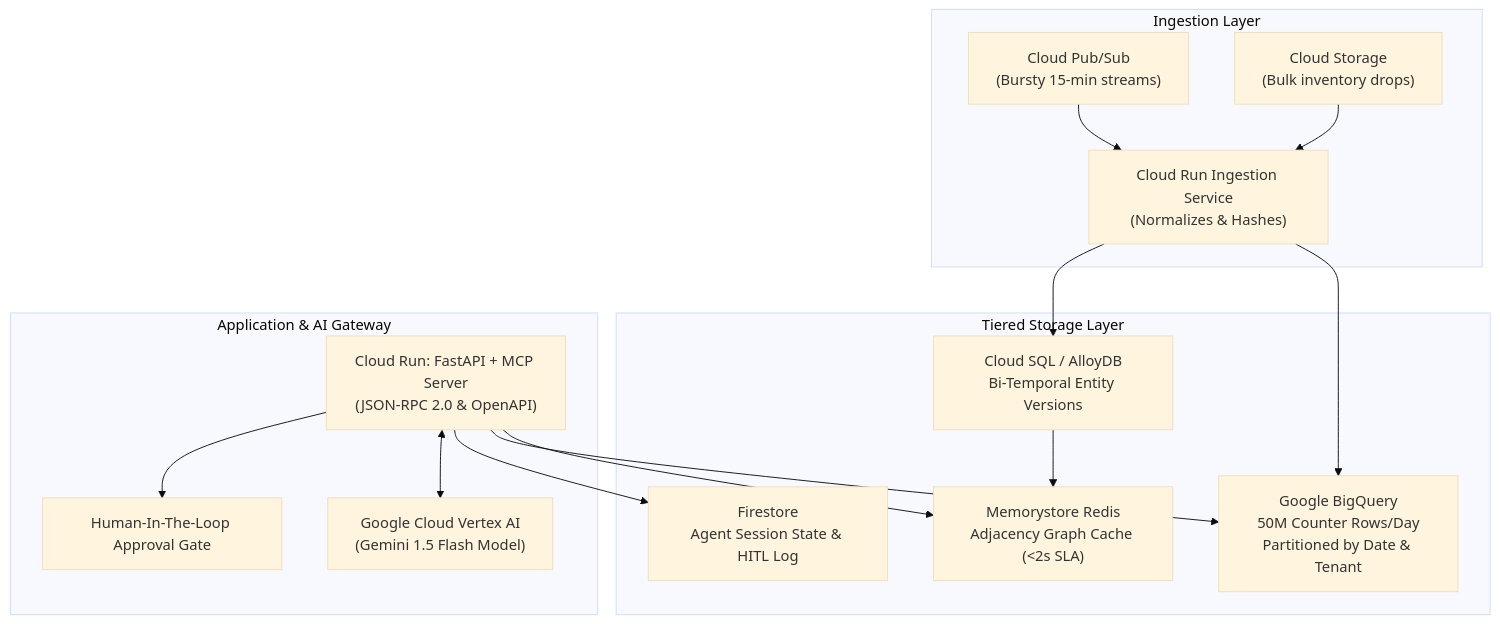
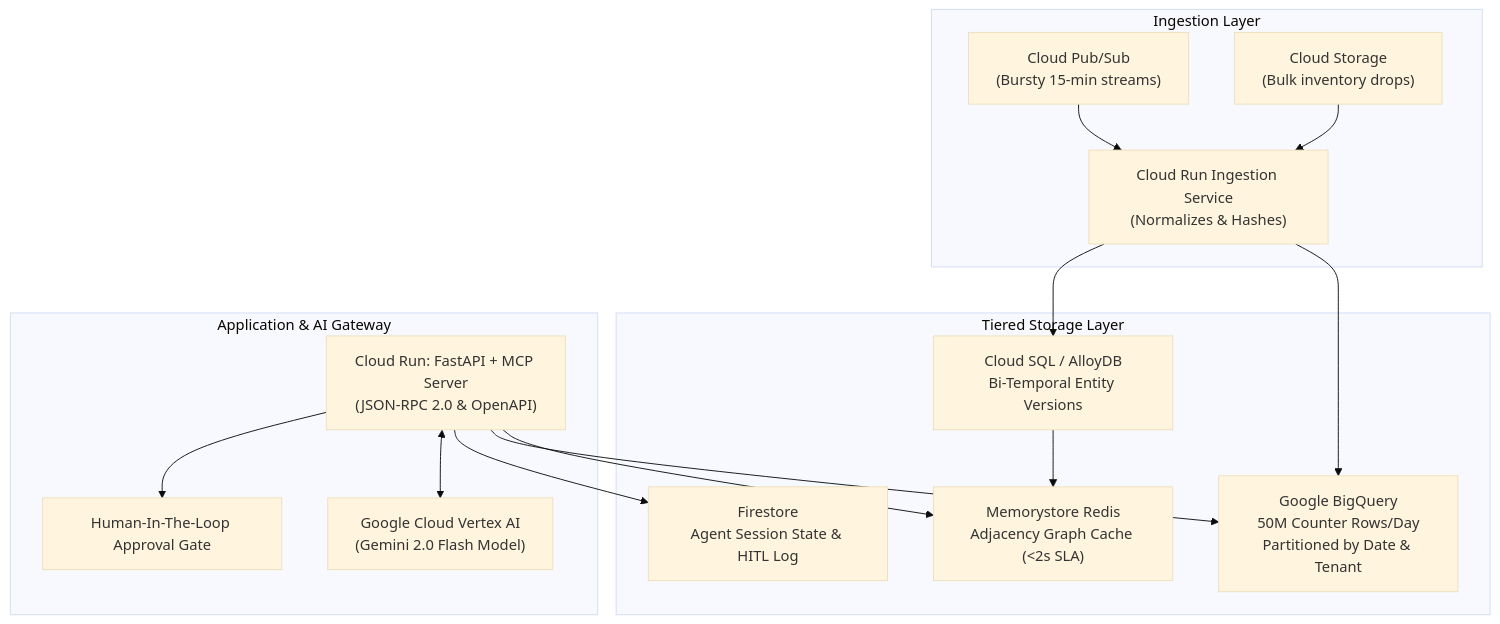
The second of 2 diagrams in docs/06_EXECUTIVE_SLIDES.md (Thanveerahamed-14/nw_intelligence), drawn with Mermaid (base theme) before and after one commit. The commit also changed 19 other files, not shown here.

Commit message:
feat: complete interactive role-based agent workspaces and update Gemini 2.0 Flash architecture

````diff
--- a/docs/06_EXECUTIVE_SLIDES.md
+++ b/docs/06_EXECUTIVE_SLIDES.md
@@ -32,33 +32,33 @@
 ```mermaid
 flowchart TD
     subgraph Ingestion["Ingestion Layer"]
         PS["Cloud Pub/Sub<br/>(Bursty 15-min streams)"]
         GCS["Cloud Storage<br/>(Bulk inventory drops)"]
         CR_Worker["Cloud Run Ingestion Service<br/>(Normalizes & Hashes)"]
     end
 
     subgraph Storage["Tiered Storage Layer"]
         BQ["Google BigQuery<br/>50M Counter Rows/Day<br/>Partitioned by Date & Tenant"]
         CSQL["Cloud SQL / AlloyDB<br/>Bi-Temporal Entity Versions"]
         Redis["Memorystore Redis<br/>Adjacency Graph Cache (<2s SLA)"]
         FS["Firestore<br/>Agent Session State & HITL Log"]
     end
 
     subgraph Platform["Application & AI Gateway"]
         CR_App["Cloud Run: FastAPI + MCP Server<br/>(JSON-RPC 2.0 & OpenAPI)"]
-        Vertex["Google Cloud Vertex AI<br/>(Gemini 1.5 Flash Model)"]
+        Vertex["Google Cloud Vertex AI<br/>(Gemini 2.0 Flash Model)"]
         HITL_Gate["Human-In-The-Loop Approval Gate"]
     end
 
     PS --> CR_Worker
     GCS --> CR_Worker
     CR_Worker --> BQ
     CR_Worker --> CSQL
     CSQL --> Redis
     
     CR_App --> Redis
     CR_App --> BQ
     CR_App --> FS
     CR_App <--> Vertex
     CR_App --> HITL_Gate
 ```
````
